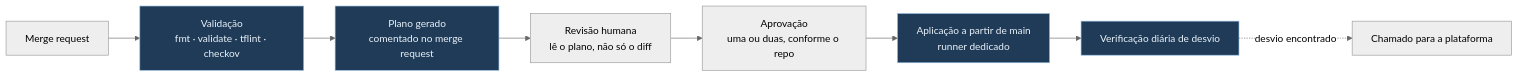
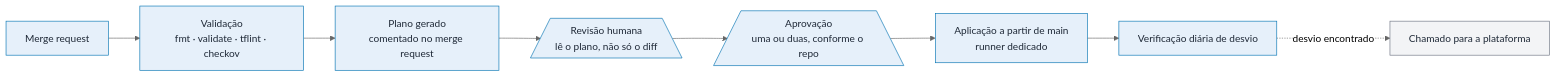
Before and after one commit to DiegoAmorimDev/plataforma-entrega-sefaz: the second of 2 diagrams in docs/06-iac.md, drawn with Mermaid (neutral theme). The commit also changed other lines of this file and 12 other files, not shown here.

````diff
--- a/docs/06-iac.md
+++ b/docs/06-iac.md
@@ -158,13 +166,15 @@
 ```mermaid
 flowchart LR
     MR["Merge request"] --> VAL["Validação<br/>fmt · validate · tflint · checkov"]
     VAL --> PLAN["Plano gerado<br/>comentado no merge request"]
-    PLAN --> REV["Revisão humana<br/>lê o plano, não só o diff"]
-    REV --> APV["Aprovação<br/>uma ou duas, conforme o repo"]
+    PLAN --> REV[/"Revisão humana<br/>lê o plano, não só o diff"\]
+    REV --> APV[/"Aprovação<br/>uma ou duas, conforme o repo"\]
     APV --> APL["Aplicação a partir de main<br/>runner dedicado"]
     APL --> DRIFT["Verificação diária de desvio"]
     DRIFT -.->|desvio encontrado| ALERTA["Chamado para a plataforma"]
 
-    classDef a fill:#1f3b57,stroke:#8fb8de,color:#eaf2fa
-    class VAL,PLAN,APL,DRIFT a
+    classDef entrega fill:#E6F0FA,stroke:#0072B2,color:#1F2937
+    classDef neutro fill:#F3F4F6,stroke:#6B7280,color:#1F2937
+    class MR,VAL,PLAN,REV,APV,APL,DRIFT entrega
+    class ALERTA neutro
 ```
````
